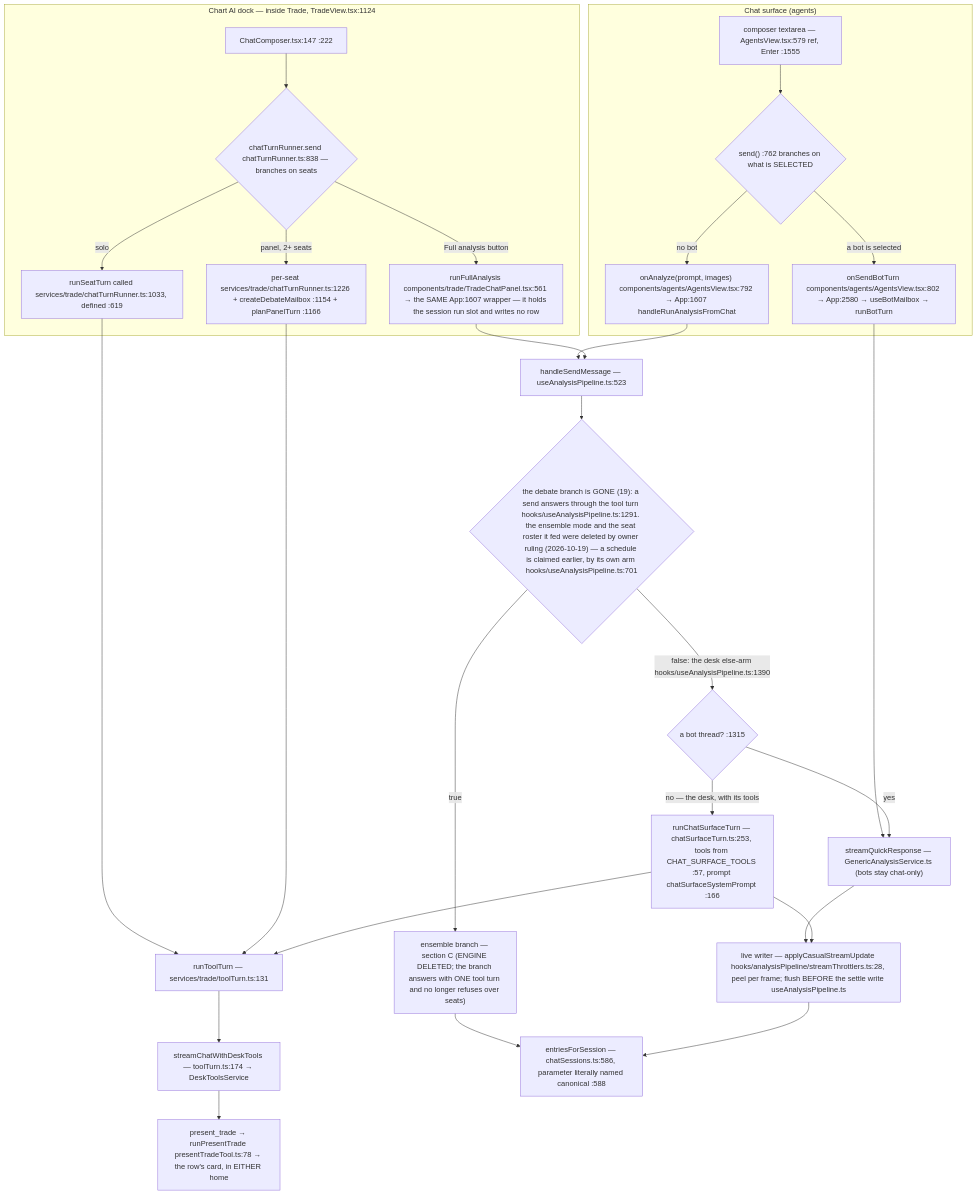
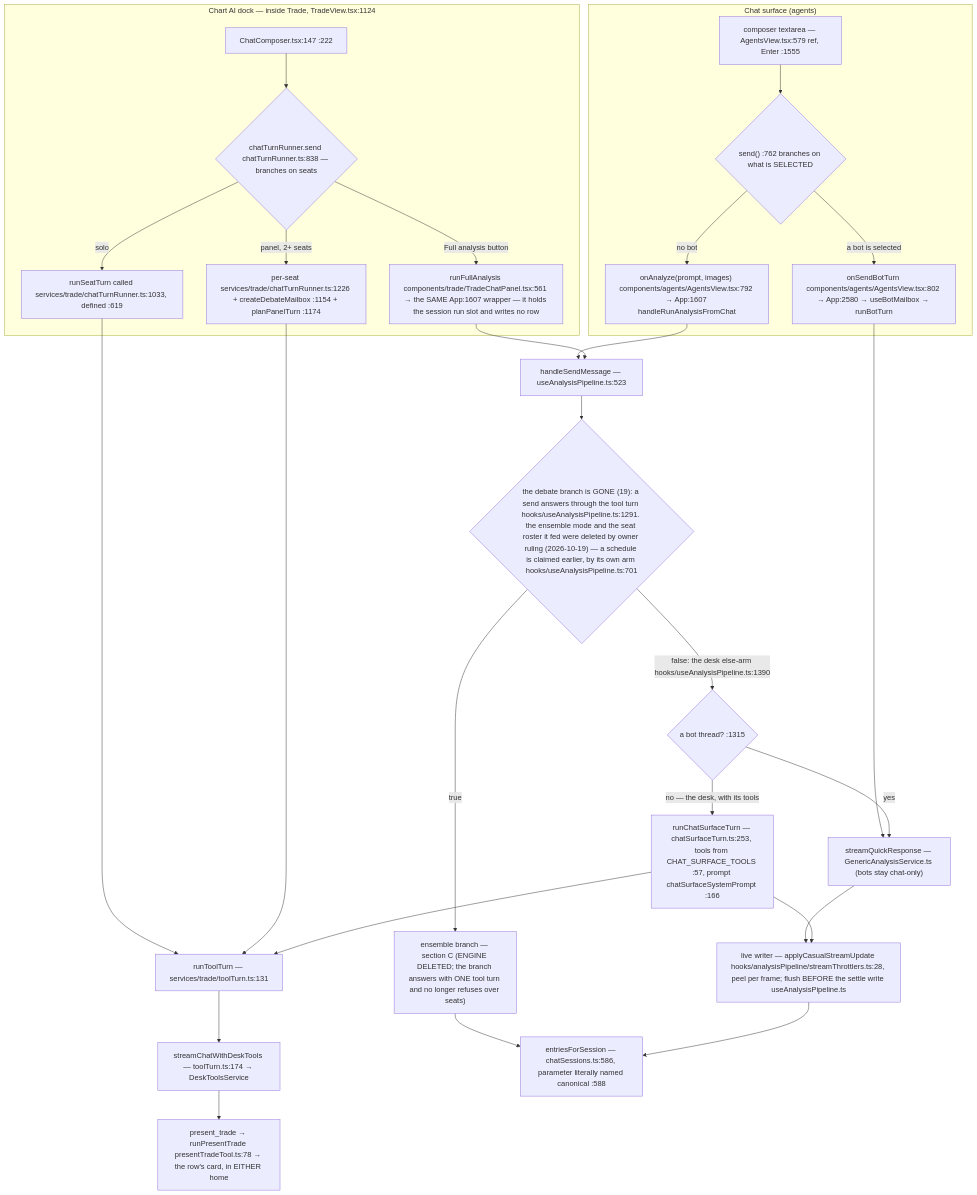
The second of 8 diagrams in docs/app-flow.md (Acepay25/august-3.5), drawn with Mermaid before and after one commit. The commit also changed other lines of this file and 2 other files, not shown here.

First line of the commit message:
docs(flow): re-anchor the citations the watch, toast and font edits moved

````diff
--- a/docs/app-flow.md
+++ b/docs/app-flow.md
@@ -73,31 +73,31 @@
 ```mermaid
 flowchart TD
     subgraph CHAT["Chat surface (agents)"]
         CB["composer textarea — AgentsView.tsx:579 ref, Enter :1555"] --> D1{"send() :762 branches on what is SELECTED"}
         D1 -->|a bot is selected| BOT["onSendBotTurn components/agents/AgentsView.tsx:802 → App:2580 → useBotMailbox → runBotTurn"]
         D1 -->|no bot| AN["onAnalyze(prompt, images) components/agents/AgentsView.tsx:792 → App:1607 handleRunAnalysisFromChat"]
     end
     subgraph DOCK["Chart AI dock — inside Trade, TradeView.tsx:1124"]
         DC["ChatComposer.tsx:147 :222"] --> D2{"chatTurnRunner.send chatTurnRunner.ts:838 — branches on seats"}
         D2 -->|solo| SO["runSeatTurn called services/trade/chatTurnRunner.ts:1033, defined :619"]
-        D2 -->|panel, 2+ seats| PN["per-seat services/trade/chatTurnRunner.ts:1226 + createDebateMailbox :1154 + planPanelTurn :1166"]
+        D2 -->|panel, 2+ seats| PN["per-seat services/trade/chatTurnRunner.ts:1226 + createDebateMailbox :1154 + planPanelTurn :1174"]
         D2 -->|Full analysis button| FA["runFullAnalysis components/trade/TradeChatPanel.tsx:561 → the SAME App:1607 wrapper — it holds the session run slot and writes no row"]
     end
     SO --> TT["runToolTurn — services/trade/toolTurn.ts:131"]
     PN --> TT
     TT --> SCDT["streamChatWithDeskTools — toolTurn.ts:174 → DeskToolsService"]
     BOT --> TR["streamQuickResponse — GenericAnalysisService.ts (bots stay chat-only)"]
     AN --> HSM["handleSendMessage — useAnalysisPipeline.ts:523"]
     FA --> HSM
     HSM --> D3{"the debate branch is GONE (19): a send answers through the tool turn hooks/useAnalysisPipeline.ts:1291. the ensemble mode and the seat roster it fed were deleted by owner ruling (2026-10-19) — a schedule is claimed earlier, by its own arm hooks/useAnalysisPipeline.ts:701"}
     D3 -->|true| ENS["ensemble branch — section C (ENGINE DELETED; the branch answers with ONE tool turn and no longer refuses over seats)"]
     D3 -->|false: the desk else-arm hooks/useAnalysisPipeline.ts:1390| SPLIT{"a bot thread? :1315"}
     SPLIT -->|yes| TR
     SPLIT -->|no — the desk, with its tools| CST["runChatSurfaceTurn — chatSurfaceTurn.ts:253, tools from CHAT_SURFACE_TOOLS :57, prompt chatSurfaceSystemPrompt :166"]
     CST --> TT
     TR --> LW["live writer — applyCasualStreamUpdate hooks/analysisPipeline/streamThrottlers.ts:28, peel per frame; flush BEFORE the settle write useAnalysisPipeline.ts"]
     CST --> LW
     ENS --> MERGE
     LW --> MERGE["entriesForSession — chatSessions.ts:586, parameter literally named canonical :588"]
     SCDT --> PT["present_trade → runPresentTrade presentTradeTool.ts:78 → the row's card, in EITHER home"]
 ```
````
